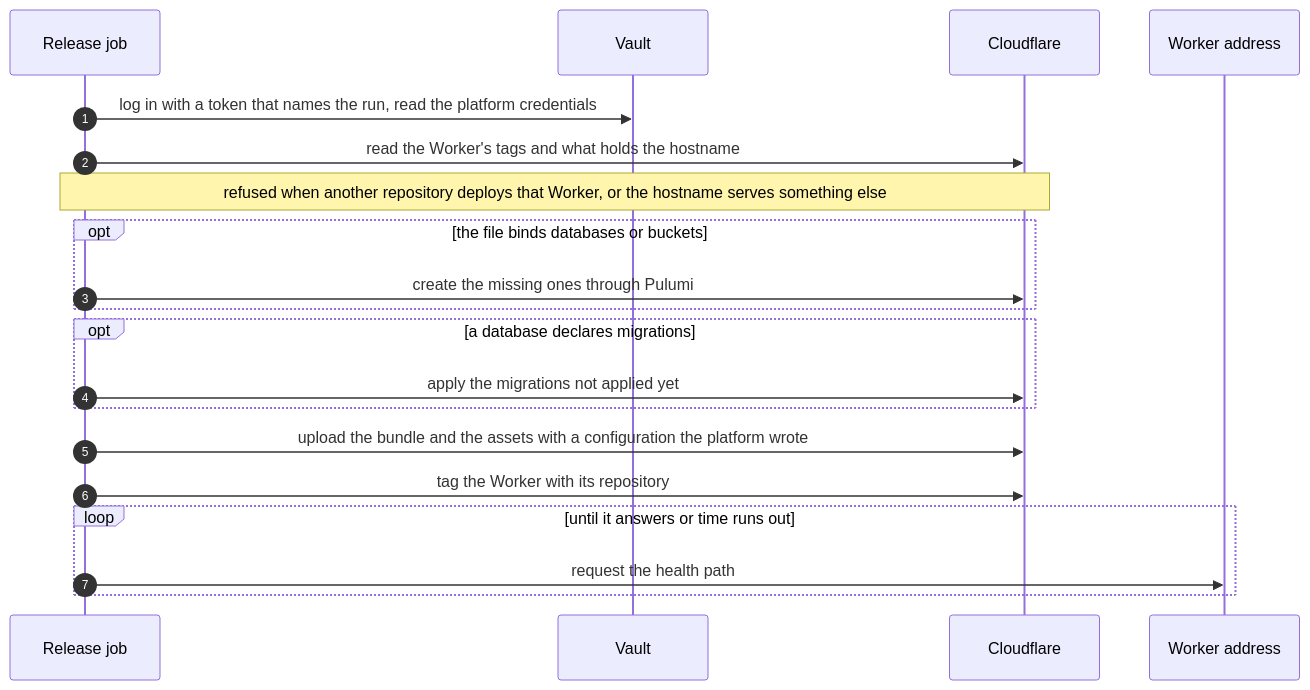
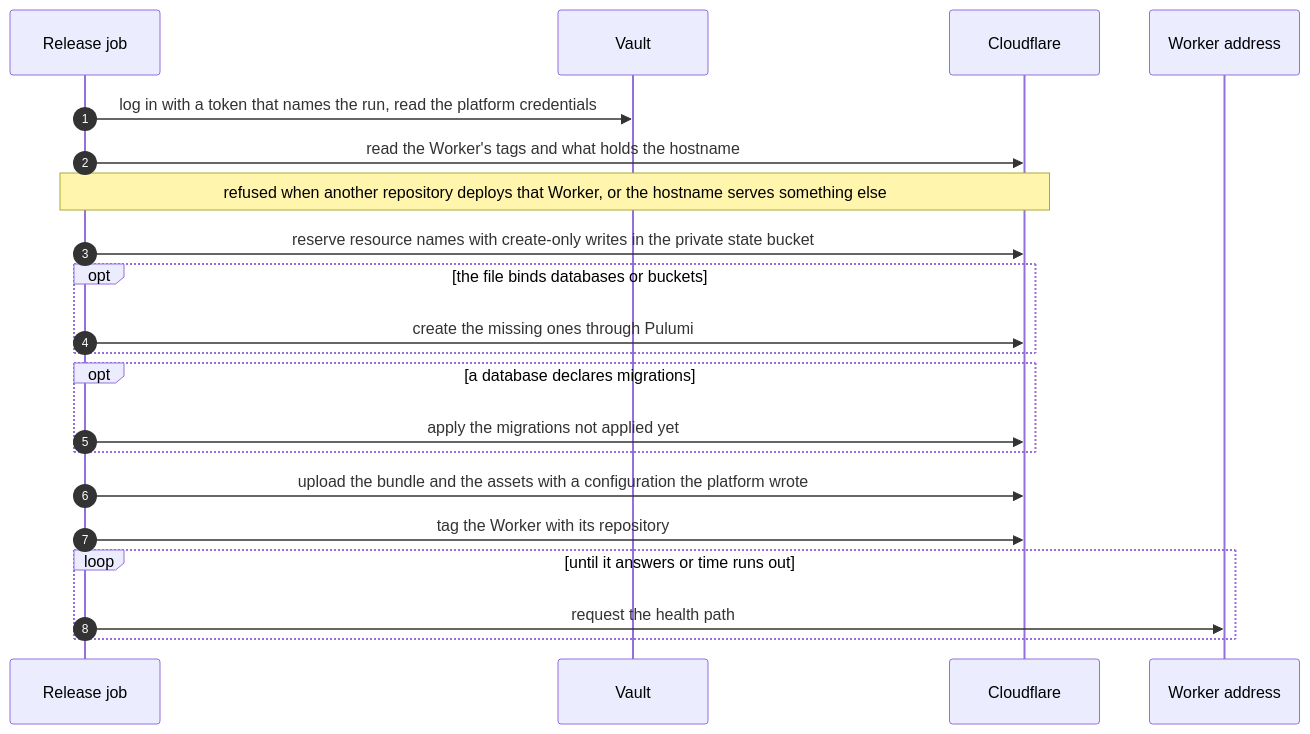
Before and after one commit to NextNodeSolutions/infrastructure: the fourth of 6 diagrams in docs/deployment.md, drawn with Mermaid. The commit also changed other lines of this file and 10 other files, not shown here.

Commit message:
ci(deploy): reserve resource names before account changes

````diff
--- a/docs/deployment.md
+++ b/docs/deployment.md
@@ -106,22 +106,23 @@
 ```mermaid
 sequenceDiagram
     autonumber
     participant R as Release job
     participant V as Vault
     participant C as Cloudflare
     participant W as Worker address
     R->>V: log in with a token that names the run, read the platform credentials
     R->>C: read the Worker's tags and what holds the hostname
     Note over R,C: refused when another repository deploys that Worker, or the hostname serves something else
+    R->>C: reserve resource names with create-only writes in the private state bucket
     opt the file binds databases or buckets
         R->>C: create the missing ones through Pulumi
     end
     opt a database declares migrations
         R->>C: apply the migrations not applied yet
     end
     R->>C: upload the bundle and the assets with a configuration the platform wrote
     R->>C: tag the Worker with its repository
     loop until it answers or time runs out
         R->>W: request the health path
     end
 ```
````
